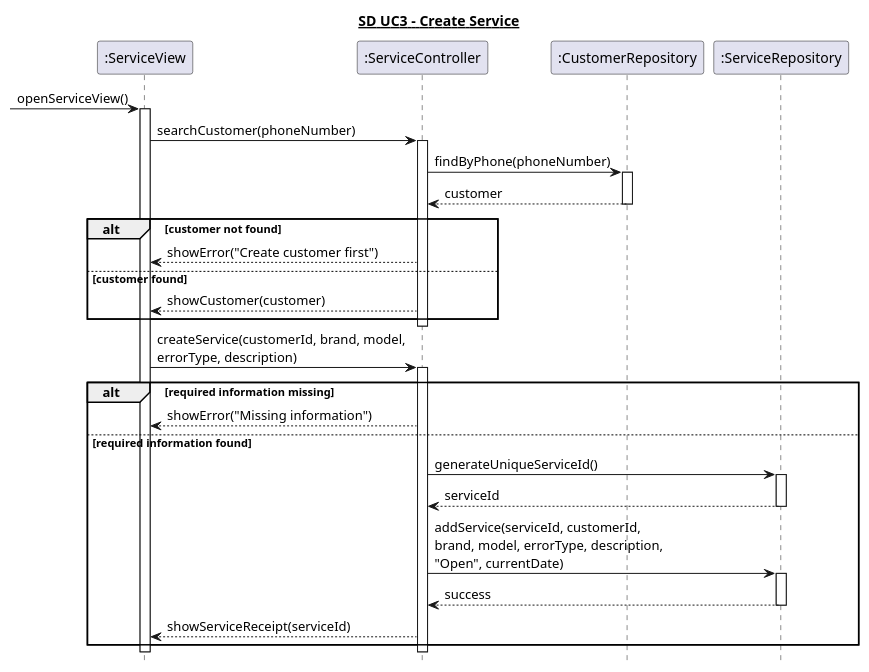
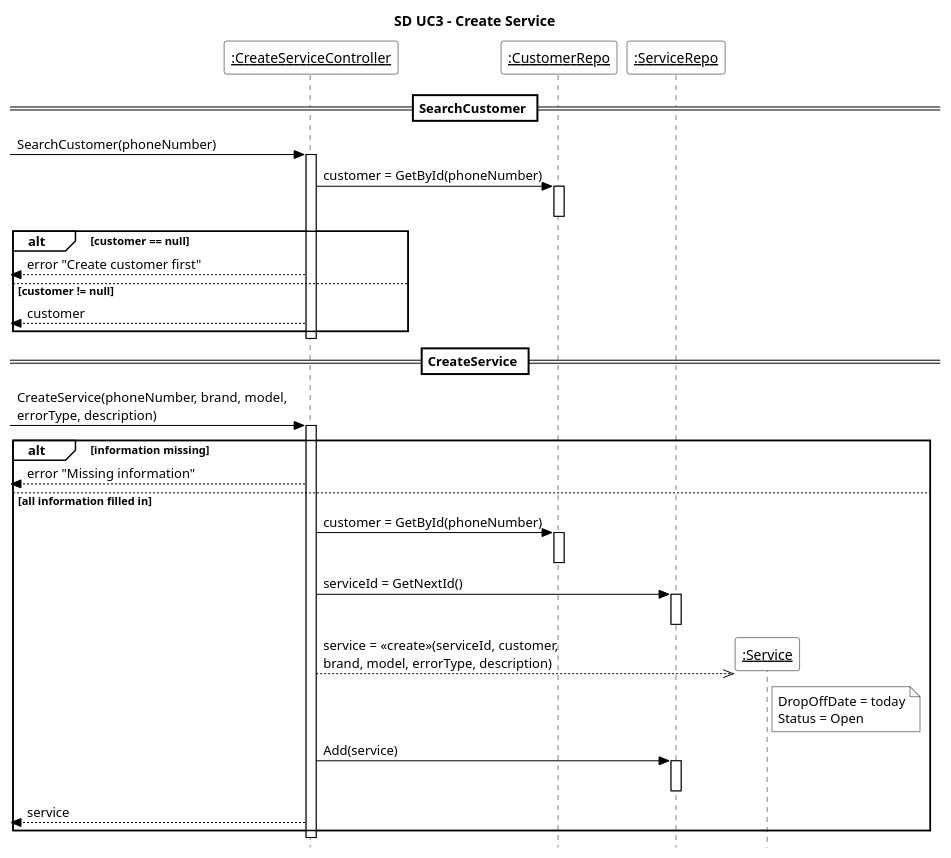
Before and after one commit to Zoabz/Getting-Real: the diagram in 6. Sekvens Diagrammer/UC3_opret_service.puml, drawn with PlantUML. The commit also changed 48 other files, not shown here.

```diff
--- a/6. Sekvens Diagrammer/UC3_opret_service.puml
+++ b/6. Sekvens Diagrammer/UC3_opret_service.puml
@@ -1,52 +1,70 @@
 @startuml
+' SD i samme stil som undervisningens SD for RegisterGuest (Pr20)
+skinparam style strictuml
+skinparam ParticipantBackgroundColor white
+skinparam ParticipantBorderColor black
+skinparam ArrowColor black
+skinparam SequenceLifeLineBorderColor black
+skinparam SequenceGroupBackgroundColor white
+skinparam SequenceGroupBorderColor black
+skinparam SequenceDividerBackgroundColor white
+skinparam SequenceDividerBorderColor black
+skinparam NoteBackgroundColor white
+skinparam NoteBorderColor black
+skinparam ActivationBackgroundColor white
+skinparam shadowing false
+skinparam sequenceParticipant underline
+skinparam defaultFontName Arial
 hide footbox
-title <U>SD UC3 - Create Service
+title SD UC3 - Create Service
 
-participant ":ServiceView" as View
-participant ":ServiceController" as Controller
-participant ":CustomerRepository" as Customers
-participant ":ServiceRepository" as Services
+participant ":CreateServiceController" as C
+participant ":CustomerRepo" as KR
+participant ":ServiceRepo" as SR
 
-[-> View : openServiceView()
-activate View
+== SearchCustomer ==
+[-> C : SearchCustomer(phoneNumber)
+activate C
+C -> KR : customer = GetById(phoneNumber)
+activate KR
+deactivate KR
 
-View -> Controller : searchCustomer(phoneNumber)
-activate Controller
+alt customer == null
+    [<-- C : error "Create customer first"
+else customer != null
+    [<-- C : customer
+end
+deactivate C
 
-Controller -> Customers : findByPhone(phoneNumber)
-activate Customers
-Customers --> Controller : customer
-deactivate Customers
+== CreateService ==
+[-> C : CreateService(phoneNumber, brand, model,\nerrorType, description)
+activate C
 
-alt customer not found
-    Controller --> View : showError("Create customer first")
-else customer found
-    Controller --> View : showCustomer(customer)
+alt information missing
+    [<-- C : error "Missing information"
+
+else all information filled in
+    C -> KR : customer = GetById(phoneNumber)
+    activate KR
+    deactivate KR
+
+    C -> SR : serviceId = GetNextId()
+    activate SR
+    deactivate SR
+
+    create participant ":Service" as S
+    C -->> S : service = «create»(serviceId, customer,\nbrand, model, errorType, description)
+    note right of S
+      DropOffDate = today
+      Status = Open
+    end note
+
+    C -> SR : Add(service)
+    activate SR
+    deactivate SR
+
+    [<-- C : service
 end
-
-deactivate Controller
-
-View -> Controller : createService(customerId, brand, model,\nerrorType, description)
-activate Controller
-
-alt required information missing
-    Controller --> View : showError("Missing information")
-
-else required information found
-    Controller -> Services : generateUniqueServiceId()
-    activate Services
-    Services --> Controller : serviceId
-    deactivate Services
-
-    Controller -> Services : addService(serviceId, customerId,\nbrand, model, errorType, description,\n"Open", currentDate)
-    activate Services
-    Services --> Controller : success
-    deactivate Services
-
-    Controller --> View : showServiceReceipt(serviceId)
-end
-
-deactivate Controller
-deactivate View
+deactivate C
 
 @enduml
```
